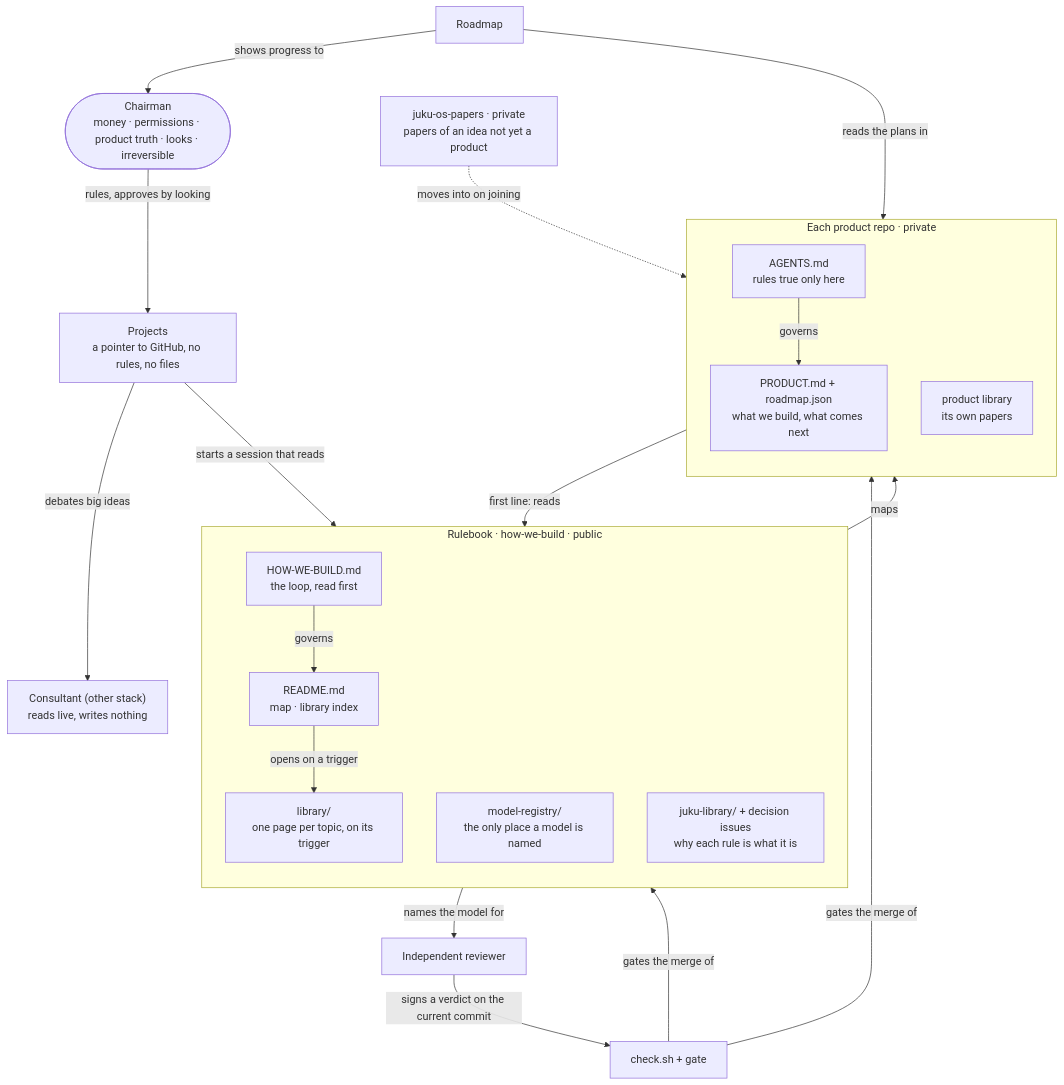
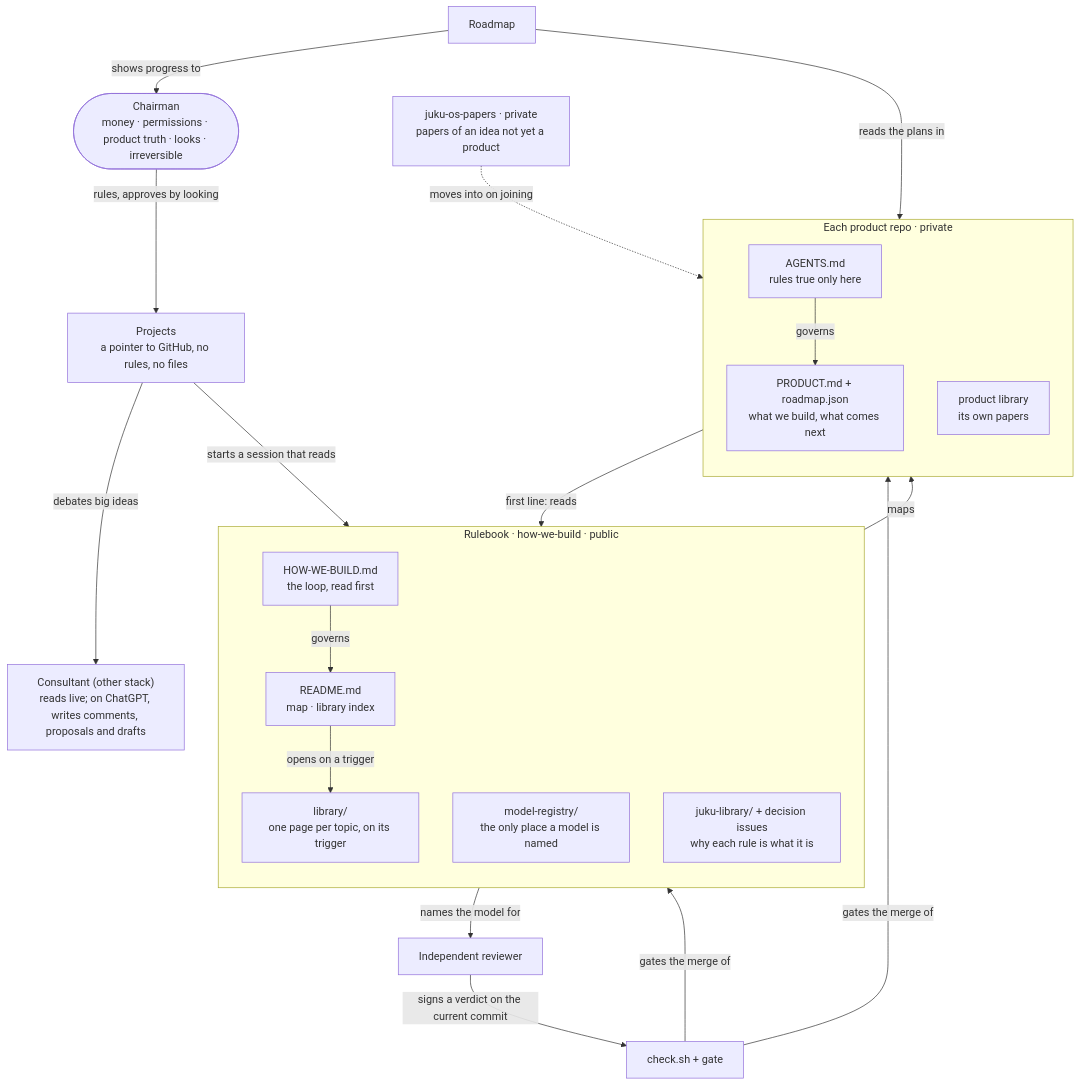
One commit to Adonis80/how-we-build changed the diagram in library/system-map.md. Above: the diagram before and after it, drawn with Mermaid. The commit also changed 3 other files, not shown here.

First line of the commit message:
The consultant writes comments, proposals and drafts, asked in its own chat (successor of #331)

````diff
--- a/library/system-map.md
+++ b/library/system-map.md
@@ -7,39 +7,39 @@
 ```mermaid
 flowchart TB
   CH(["Chairman<br/>money · permissions · product truth · looks · irreversible"])
   PJ["Projects<br/>a pointer to GitHub, no rules, no files"]
-  CO["Consultant (other stack)<br/>reads live, writes nothing"]
+  CO["Consultant (other stack)<br/>reads live; on ChatGPT, writes comments, proposals and drafts"]
   subgraph RB["Rulebook · how-we-build · public"]
     direction TB
     HWB["HOW-WE-BUILD.md<br/>the loop, read first"]
     RD["README.md<br/>map · library index"]
     LIB["library/<br/>one page per topic, on its trigger"]
     REG["model-registry/<br/>the only place a model is named"]
     JL["juku-library/ + decision issues<br/>why each rule is what it is"]
   end
   subgraph PR["Each product repo · private"]
     direction TB
     AG["AGENTS.md<br/>rules true only here"]
     PD["PRODUCT.md + roadmap.json<br/>what we build, what comes next"]
     PL["product library<br/>its own papers"]
   end
   PP["juku-os-papers · private<br/>papers of an idea not yet a product"]
   RV["Independent reviewer"]
   GT["check.sh + gate"]
   BD["Roadmap"]
   CH -- "rules, approves by looking" --> PJ
   PJ -- "debates big ideas" --> CO
   PJ -- "starts a session that reads" --> HWB
   HWB -- "governs" --> RD
   RD -- "opens on a trigger" --> LIB
   RD -- "maps" --> AG
   AG -- "first line: reads" --> HWB
   AG -- "governs" --> PD
   REG -- "names the model for" --> RV
   RV -- "signs a verdict on the current commit" --> GT
   GT -- "gates the merge of" --> PD
   GT -- "gates the merge of" --> RB
   BD -- "reads the plans in" --> PD
   BD -- "shows progress to" --> CH
   PP -. "moves into on joining" .-> PL
 ```
````
